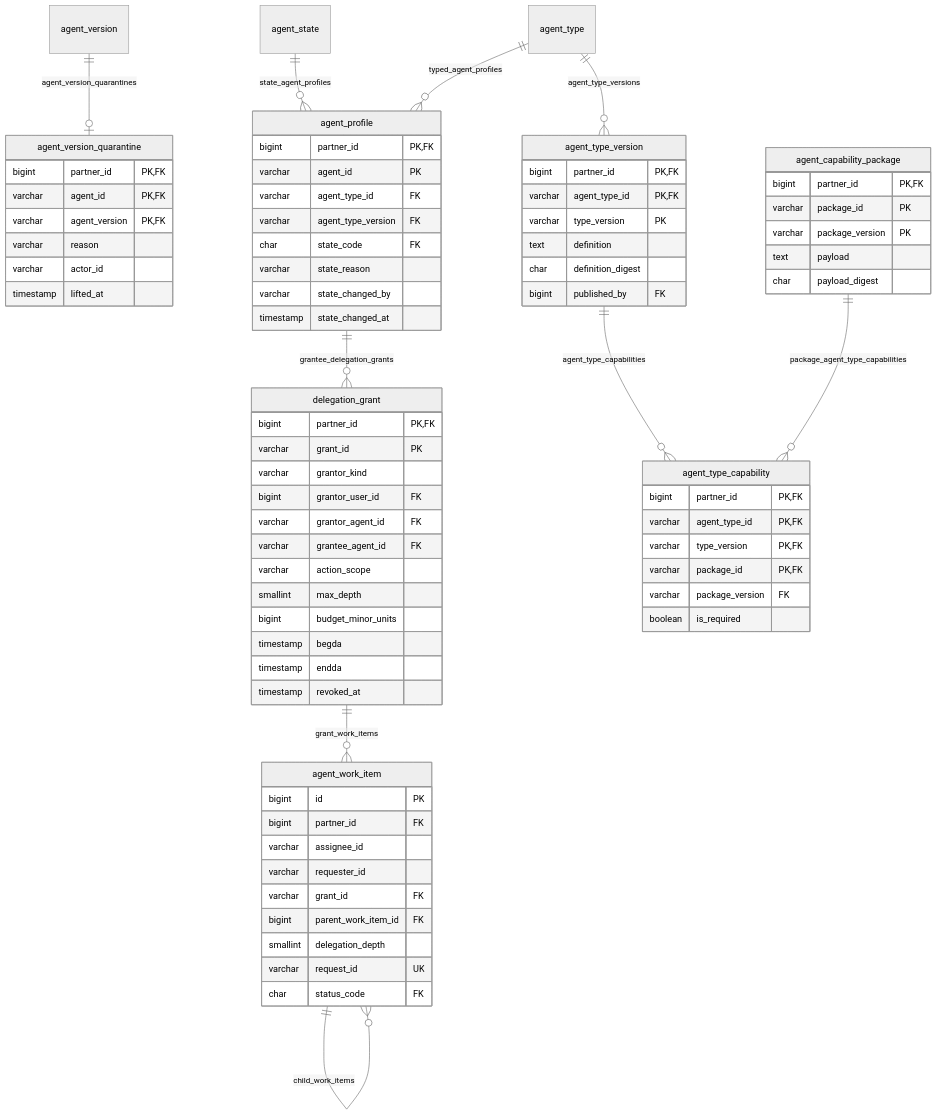
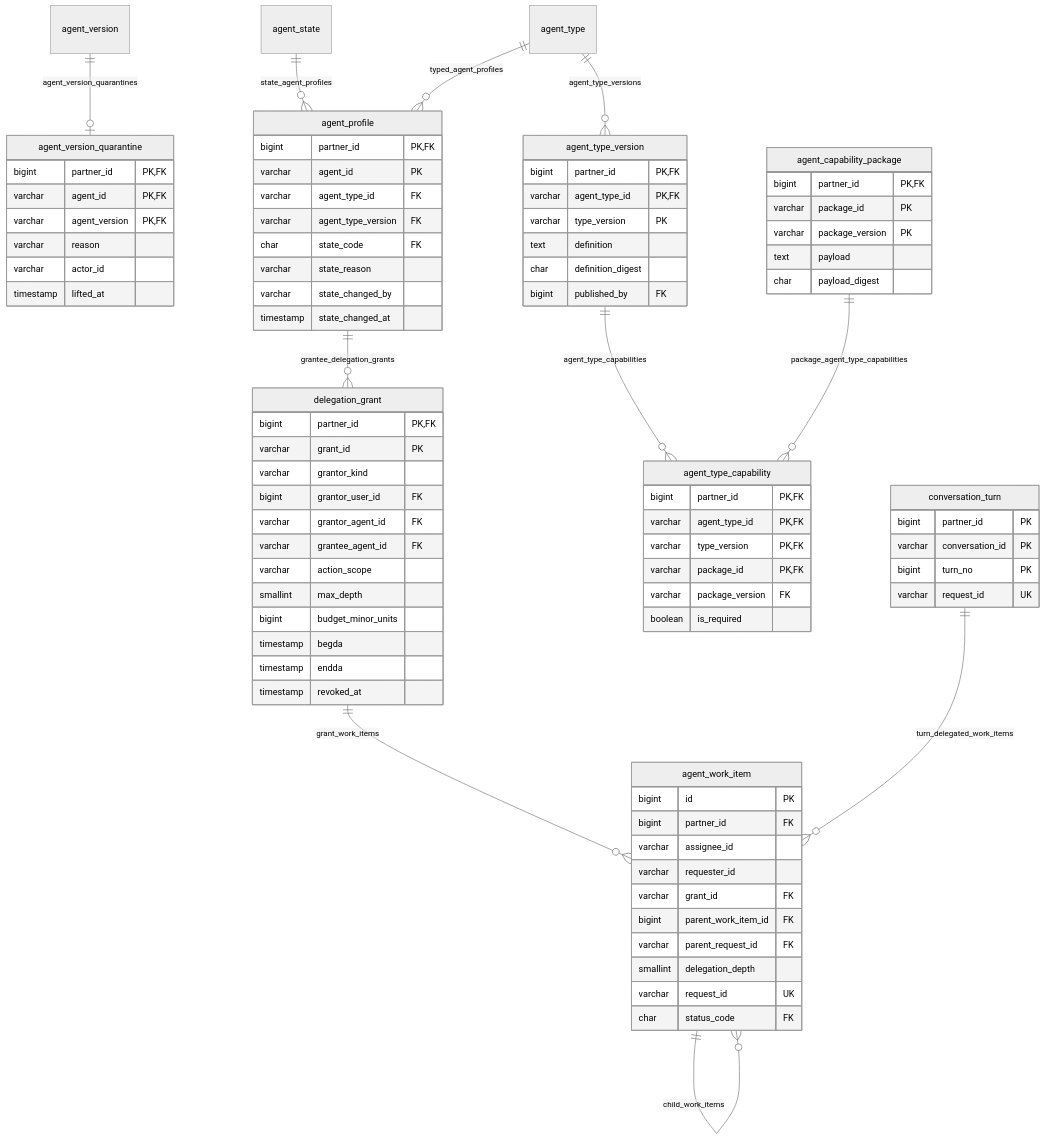
One commit to nauticana/scout changed diagram 14 of 24 in doc/database.md. Above: the diagram before and after it, drawn with Mermaid (neutral theme). The commit also changed other lines of this file and 27 other files, not shown here.

Commit message:
person-scoped turn cancellation, turn history by request, delegating turn of a work item

````diff
--- a/doc/database.md
+++ b/doc/database.md
@@ -1513,6 +1515,7 @@
     agent_profile ||--o{ delegation_grant : grantee_delegation_grants
     delegation_grant ||--o{ agent_work_item : grant_work_items
     agent_work_item ||--o{ agent_work_item : child_work_items
+    conversation_turn ||--o{ agent_work_item : turn_delegated_work_items
 
     agent_type_version {
         bigint partner_id PK,FK
@@ -1576,8 +1579,15 @@
         varchar requester_id
         varchar grant_id FK
         bigint parent_work_item_id FK
+        varchar parent_request_id FK
         smallint delegation_depth
         varchar request_id UK
         char status_code FK
     }
+    conversation_turn {
+        bigint partner_id PK
+        varchar conversation_id PK
+        bigint turn_no PK
+        varchar request_id UK
+    }
 ```
````
